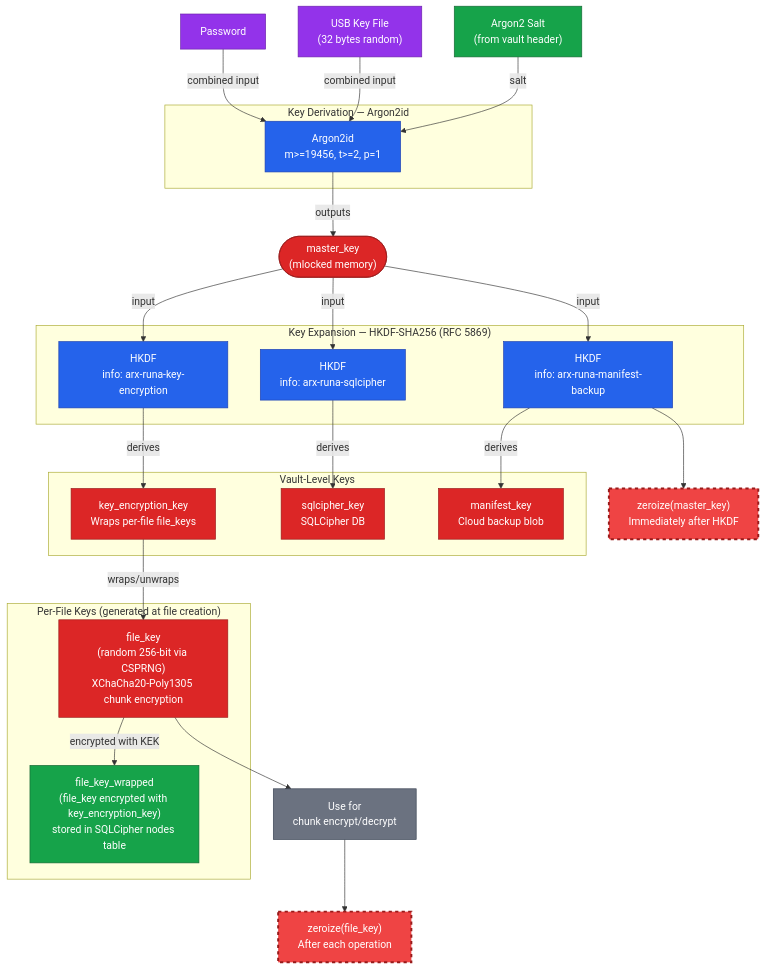
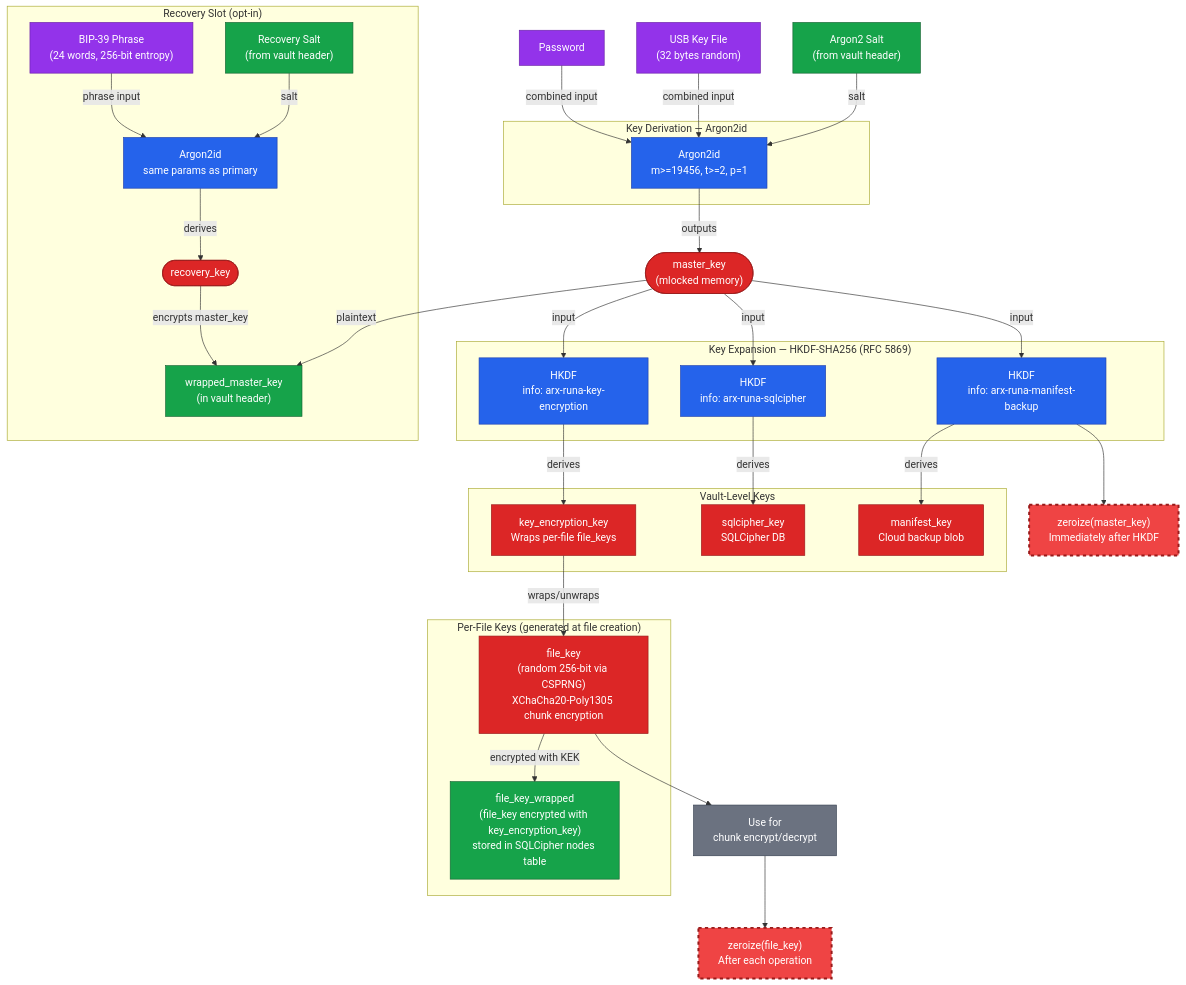
The diagram in docs/architecture/designs/cryptographic-primitives/diagrams/key-derivation-tree.md (salgaard/arx-runa), drawn with Mermaid before and after one commit. The commit also changed other lines of this file and 30 other files, not shown here.

````diff
--- a/docs/architecture/designs/cryptographic-primitives/diagrams/key-derivation-tree.md
+++ b/docs/architecture/designs/cryptographic-primitives/diagrams/key-derivation-tree.md
@@ -6,58 +6,72 @@
 ```mermaid
 flowchart TD
     PW["Password"]:::user
     KF["USB Key File<br/>(32 bytes random)"]:::user
     SALT["Argon2 Salt<br/>(from vault header)"]:::storage
 
     subgraph KDF ["Key Derivation — Argon2id"]
         ARGON["Argon2id<br/>m>=19456, t>=2, p=1"]:::crypto
     end
 
     MK_NODE(["master_key<br/>(mlocked memory)"]):::secret
 
     subgraph HKDF_LAYER ["Key Expansion — HKDF-SHA256 (RFC 5869)"]
         HKDF1["HKDF<br/>info: arx-runa-key-encryption"]:::crypto
         HKDF2["HKDF<br/>info: arx-runa-sqlcipher"]:::crypto
         HKDF3["HKDF<br/>info: arx-runa-manifest-backup"]:::crypto
     end
 
     subgraph VAULT_KEYS ["Vault-Level Keys"]
         KEK["key_encryption_key<br/>Wraps per-file file_keys"]:::secret
         SK["sqlcipher_key<br/>SQLCipher DB"]:::secret
         MK["manifest_key<br/>Cloud backup blob"]:::secret
     end
 
     subgraph PER_FILE ["Per-File Keys (generated at file creation)"]
         FK["file_key<br/>(random 256-bit via CSPRNG)<br/>XChaCha20-Poly1305 chunk encryption"]:::secret
         FKW["file_key_wrapped<br/>(file_key encrypted with key_encryption_key)<br/>stored in SQLCipher nodes table"]:::storage
     end
 
+    subgraph RECOVERY ["Recovery Slot (opt-in)"]
+        PHRASE["BIP-39 Phrase<br/>(24 words, 256-bit entropy)"]:::user
+        REC_SALT["Recovery Salt<br/>(from vault header)"]:::storage
+        REC_ARGON["Argon2id<br/>same params as primary"]:::crypto
+        REC_KEY(["recovery_key"]):::secret
+        WMK["wrapped_master_key<br/>(in vault header)"]:::storage
+    end
+
     PW -->|combined input| ARGON
     KF -->|combined input| ARGON
     SALT -->|salt| ARGON
 
     ARGON -->|outputs| MK_NODE
 
     MK_NODE -->|input| HKDF1
     MK_NODE -->|input| HKDF2
     MK_NODE -->|input| HKDF3
 
     HKDF1 -->|derives| KEK
     HKDF2 -->|derives| SK
     HKDF3 -->|derives| MK
 
     HKDF3 --> ZEROIZE_MK["zeroize(master_key)<br/>Immediately after HKDF"]:::zeroize
 
     KEK -->|wraps/unwraps| FK
     FK -->|encrypted with KEK| FKW
 
     FK --> USE_FK["Use for<br/>chunk encrypt/decrypt"]:::proc
     USE_FK --> ZEROIZE_FK["zeroize(file_key)<br/>After each operation"]:::zeroize
 
+    PHRASE -->|phrase input| REC_ARGON
+    REC_SALT -->|salt| REC_ARGON
+    REC_ARGON -->|derives| REC_KEY
+    MK_NODE -->|plaintext| WMK
+    REC_KEY -->|encrypts master_key| WMK
+
     classDef secret fill:#dc2626,stroke:#991b1b,color:#fff
     classDef crypto fill:#2563eb,stroke:#1e40af,color:#fff
     classDef storage fill:#16a34a,stroke:#166534,color:#fff
     classDef user fill:#9333ea,stroke:#6b21a8,color:#fff
     classDef zeroize fill:#ef4444,stroke:#991b1b,color:#fff,stroke-width:3px,stroke-dasharray:5 5
     classDef proc fill:#6b7280,stroke:#374151,color:#fff
 ```
````
